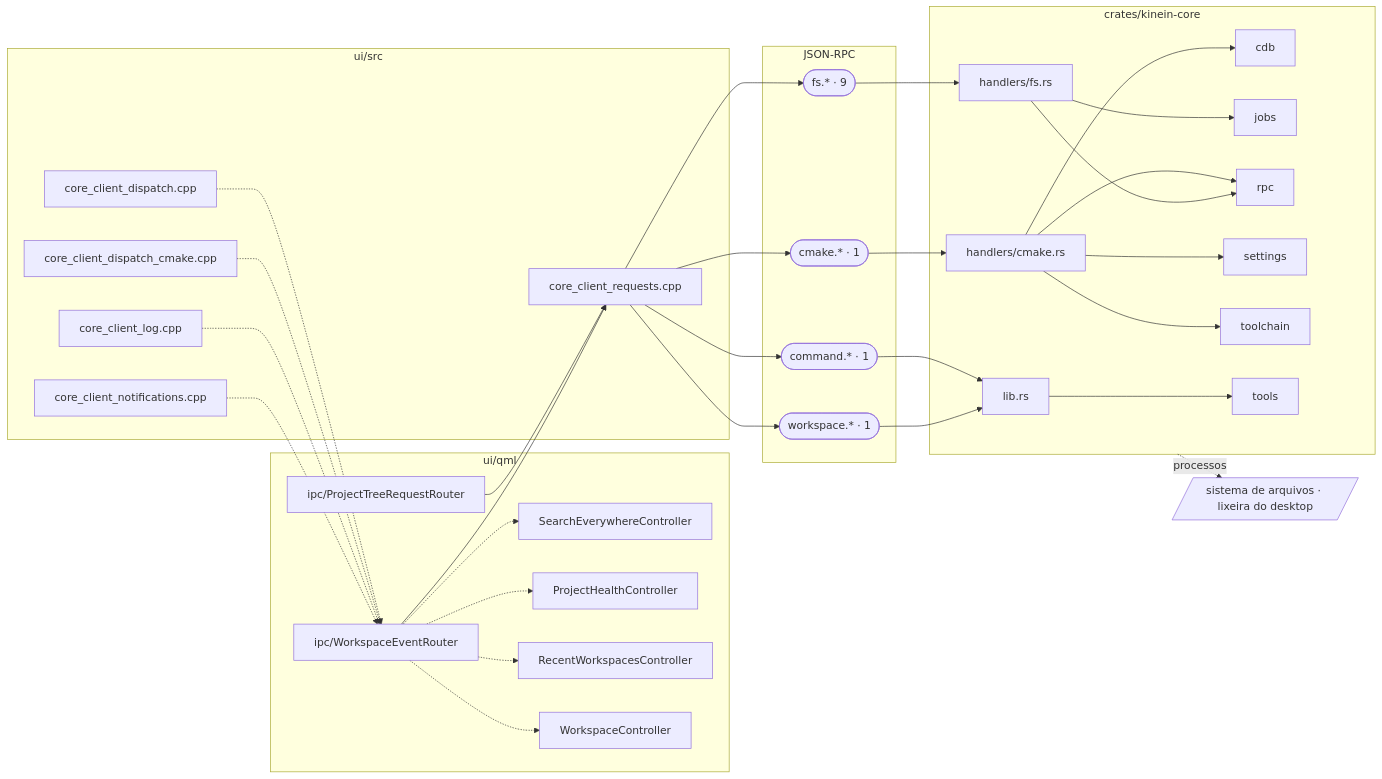
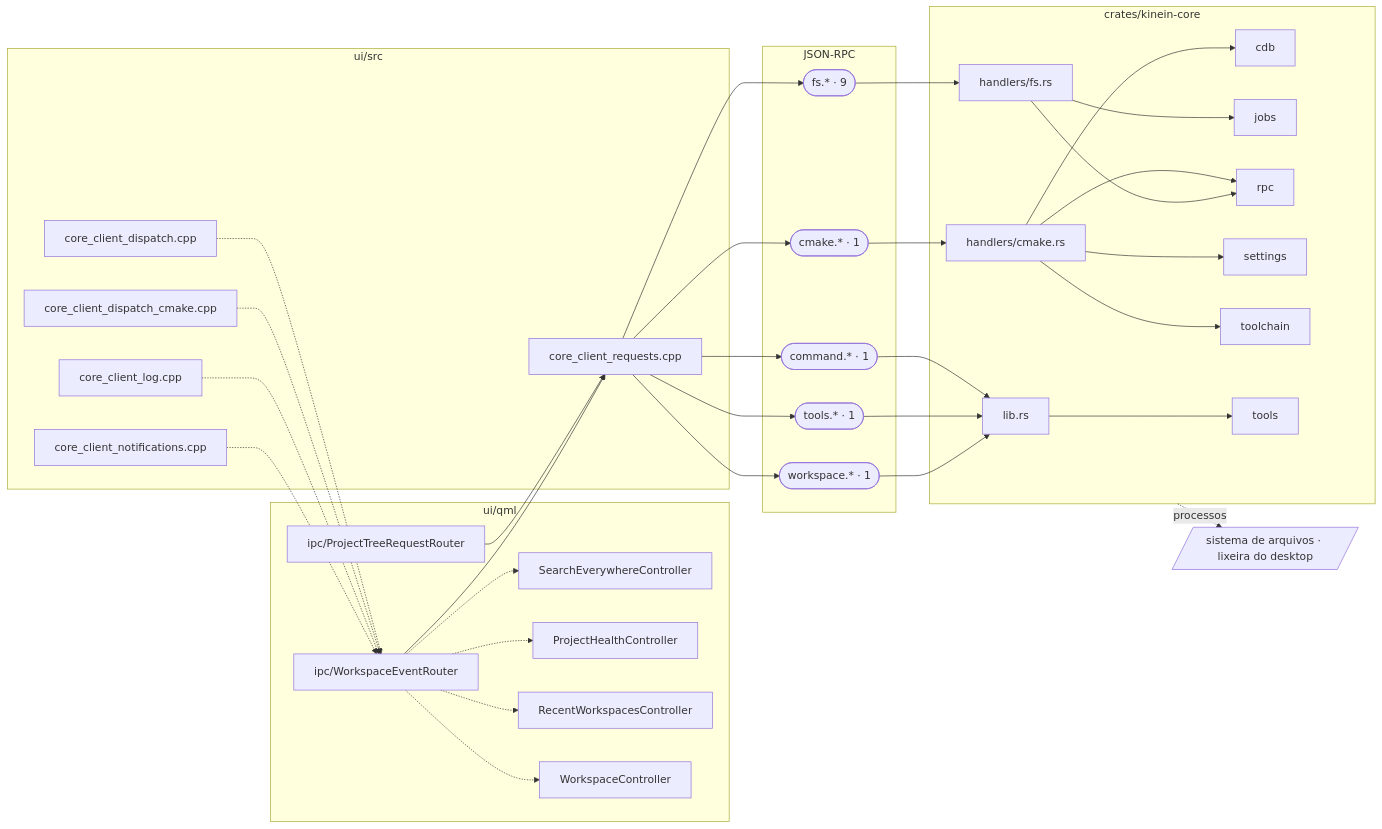
One commit to ViktorWalde/KineinVectis changed the fourth of 16 diagrams in DocsPublic/arquitetura/01-mapa-de-modulos.md. Above: the diagram before and after it, drawn with Mermaid. The commit also changed other lines of this file and 15 other files, not shown here.

````diff
--- a/DocsPublic/arquitetura/01-mapa-de-modulos.md
+++ b/DocsPublic/arquitetura/01-mapa-de-modulos.md
@@ -370,62 +369,65 @@
 ```mermaid
 flowchart LR
   subgraph QML["ui/qml"]
     n_ui_qml_search_SearchEverywhereController_qml["SearchEverywhereController"]
     n_ui_qml_workspace_ProjectHealthController_qml["ProjectHealthController"]
     n_ui_qml_workspace_RecentWorkspacesController_qml["RecentWorkspacesController"]
     n_ui_qml_workspace_WorkspaceController_qml["WorkspaceController"]
     n_ui_qml_ipc_ProjectTreeRequestRouter_qml["ipc/ProjectTreeRequestRouter"]
     n_ui_qml_ipc_WorkspaceEventRouter_qml["ipc/WorkspaceEventRouter"]
   end
   subgraph CPP["ui/src"]
     n_ui_src_core_client_dispatch_cpp["core_client_dispatch.cpp"]
     n_ui_src_core_client_dispatch_cmake_cpp["core_client_dispatch_cmake.cpp"]
     n_ui_src_core_client_log_cpp["core_client_log.cpp"]
     n_ui_src_core_client_notifications_cpp["core_client_notifications.cpp"]
     n_ui_src_core_client_requests_cpp["core_client_requests.cpp"]
   end
   subgraph IPC["JSON-RPC"]
     n_ipc_cmake(["cmake.* · 1"])
     n_ipc_command(["command.* · 1"])
     n_ipc_fs(["fs.* · 9"])
+    n_ipc_tools(["tools.* · 1"])
     n_ipc_workspace(["workspace.* · 1"])
   end
   subgraph CORE["crates/kinein-core"]
     n_crates_kinein_core_src_handlers_cmake_rs["handlers/cmake.rs"]
     n_crates_kinein_core_src_handlers_fs_rs["handlers/fs.rs"]
     n_crates_kinein_core_src_lib_rs["lib.rs"]
     n_core_cdb[cdb]
     n_core_jobs[jobs]
     n_core_rpc[rpc]
     n_core_settings[settings]
     n_core_toolchain[toolchain]
     n_core_tools[tools]
   end
   n_tools_workspace[/"sistema de arquivos · lixeira do desktop"/]
   n_ui_qml_ipc_ProjectTreeRequestRouter_qml --> n_ui_src_core_client_requests_cpp
   n_ui_qml_ipc_WorkspaceEventRouter_qml -.-> n_ui_qml_search_SearchEverywhereController_qml
   n_ui_qml_ipc_WorkspaceEventRouter_qml -.-> n_ui_qml_workspace_ProjectHealthController_qml
   n_ui_qml_ipc_WorkspaceEventRouter_qml -.-> n_ui_qml_workspace_RecentWorkspacesController_qml
   n_ui_qml_ipc_WorkspaceEventRouter_qml -.-> n_ui_qml_workspace_WorkspaceController_qml
   n_ui_qml_ipc_WorkspaceEventRouter_qml --> n_ui_src_core_client_requests_cpp
   n_ui_src_core_client_dispatch_cpp -.-> n_ui_qml_ipc_WorkspaceEventRouter_qml
   n_ui_src_core_client_dispatch_cmake_cpp -.-> n_ui_qml_ipc_WorkspaceEventRouter_qml
   n_ui_src_core_client_log_cpp -.-> n_ui_qml_ipc_WorkspaceEventRouter_qml
   n_ui_src_core_client_notifications_cpp -.-> n_ui_qml_ipc_WorkspaceEventRouter_qml
   n_ui_src_core_client_requests_cpp --> n_ipc_cmake
   n_ui_src_core_client_requests_cpp --> n_ipc_command
   n_ui_src_core_client_requests_cpp --> n_ipc_fs
+  n_ui_src_core_client_requests_cpp --> n_ipc_tools
   n_ui_src_core_client_requests_cpp --> n_ipc_workspace
   n_ipc_cmake --> n_crates_kinein_core_src_handlers_cmake_rs
   n_crates_kinein_core_src_handlers_cmake_rs --> n_core_cdb
   n_crates_kinein_core_src_handlers_cmake_rs --> n_core_rpc
   n_crates_kinein_core_src_handlers_cmake_rs --> n_core_settings
   n_crates_kinein_core_src_handlers_cmake_rs --> n_core_toolchain
   n_ipc_fs --> n_crates_kinein_core_src_handlers_fs_rs
   n_crates_kinein_core_src_handlers_fs_rs --> n_core_jobs
   n_crates_kinein_core_src_handlers_fs_rs --> n_core_rpc
   n_ipc_command --> n_crates_kinein_core_src_lib_rs
+  n_ipc_tools --> n_crates_kinein_core_src_lib_rs
   n_ipc_workspace --> n_crates_kinein_core_src_lib_rs
   n_crates_kinein_core_src_lib_rs --> n_core_tools
   CORE -.->|processos| n_tools_workspace
 ```
````
